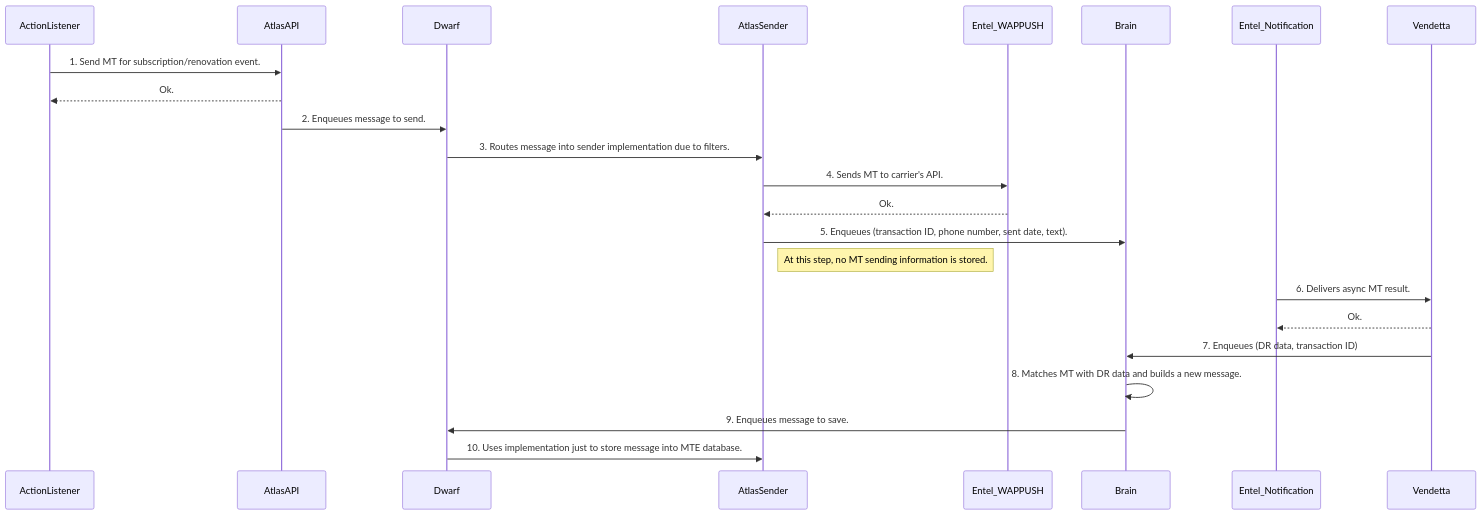
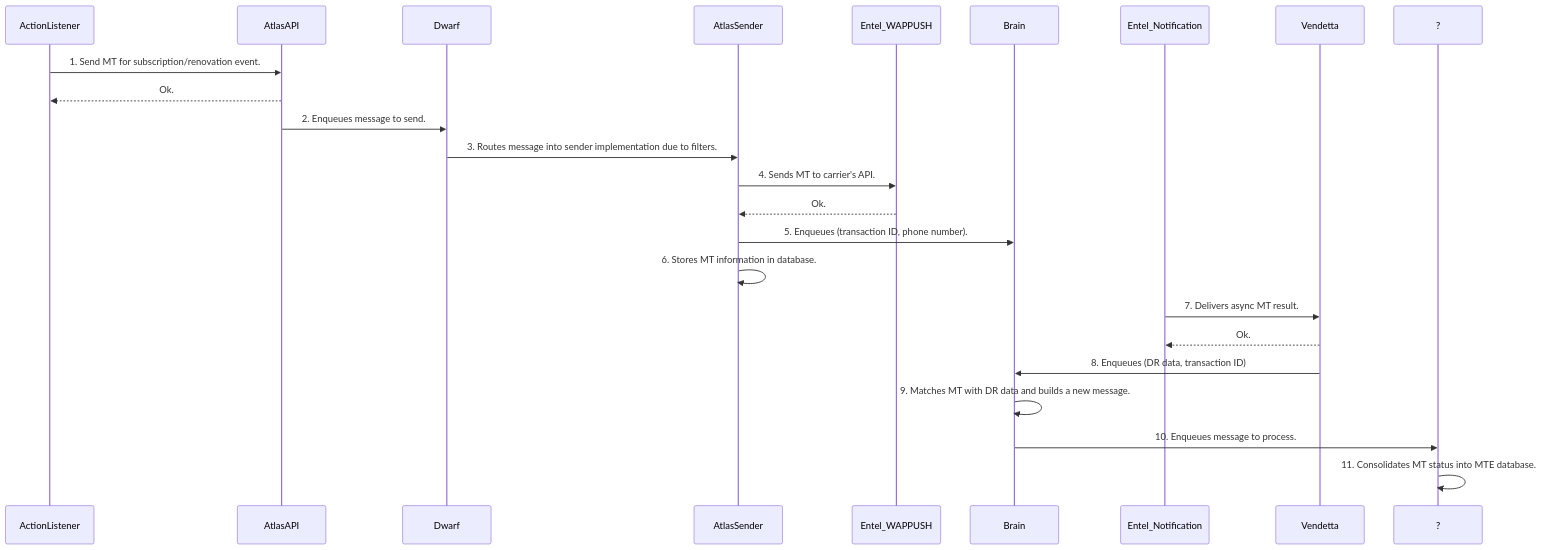
One commit to ariel-rios-movile/diagrams changed the diagram in entel/general/mt/wap-push.mmd. Above: the diagram before and after it, drawn with Mermaid.

Commit message:
Updates diagram.

```diff
--- a/entel/general/mt/wap-push.mmd
+++ b/entel/general/mt/wap-push.mmd
@@ -1,15 +1,15 @@
 sequenceDiagram
     ActionListener ->> AtlasAPI: 1. Send MT for subscription/renovation event.
     AtlasAPI -->> ActionListener: Ok.
     AtlasAPI ->> Dwarf: 2. Enqueues message to send.
     Dwarf ->> AtlasSender: 3. Routes message into sender implementation due to filters.
     AtlasSender ->> Entel_WAPPUSH: 4. Sends MT to carrier's API.
     Entel_WAPPUSH -->> AtlasSender: Ok.
-    AtlasSender ->> Brain: 5. Enqueues (transaction ID, phone number, sent date, text).
-    Note right of AtlasSender: At this step, no MT sending information is stored.
-    Entel_Notification ->> Vendetta: 6. Delivers async MT result.
+    AtlasSender ->> Brain: 5. Enqueues (transaction ID, phone number).
+    AtlasSender ->> AtlasSender: 6. Stores MT information in database.
+    Entel_Notification ->> Vendetta: 7. Delivers async MT result.
     Vendetta -->> Entel_Notification: Ok.
-    Vendetta ->> Brain: 7. Enqueues (DR data, transaction ID)
-    Brain ->> Brain: 8. Matches MT with DR data and builds a new message.
-    Brain ->> Dwarf: 9. Enqueues message to save.
-    Dwarf ->> AtlasSender: 10. Uses implementation just to store message into MTE database.
+    Vendetta ->> Brain: 8. Enqueues (DR data, transaction ID)
+    Brain ->> Brain: 9. Matches MT with DR data and builds a new message.
+    Brain ->> ?: 10. Enqueues message to process.
+    ? ->> ?: 11. Consolidates MT status into MTE database.
```
